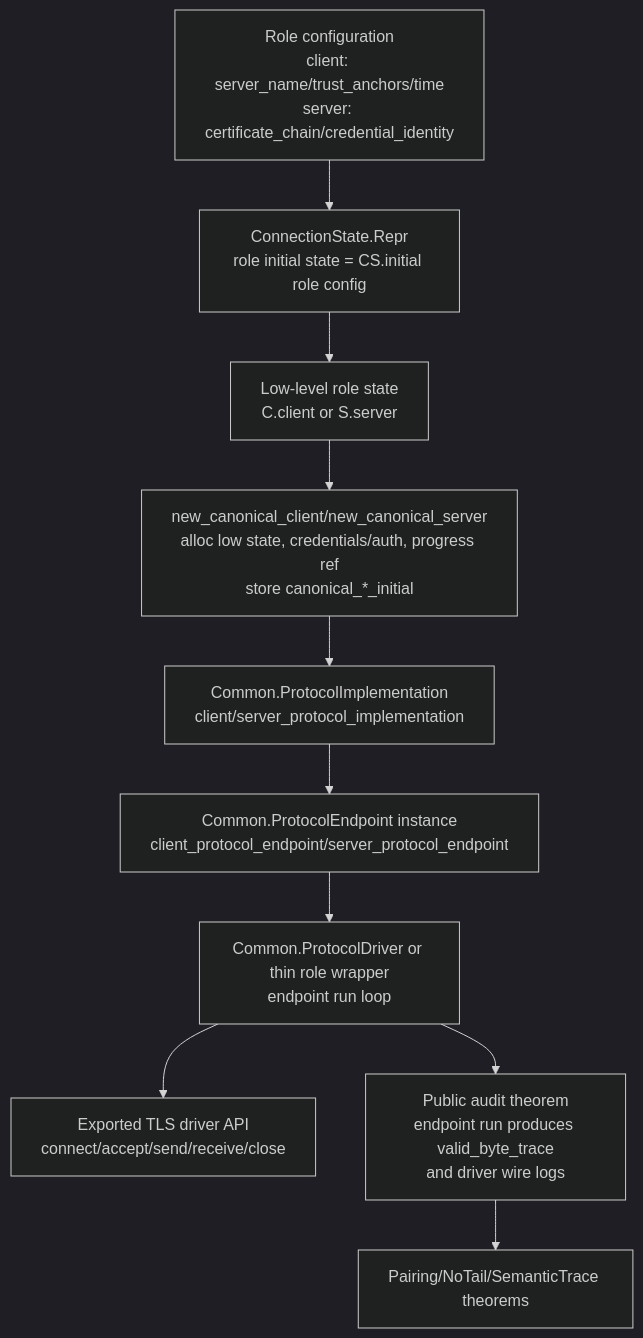
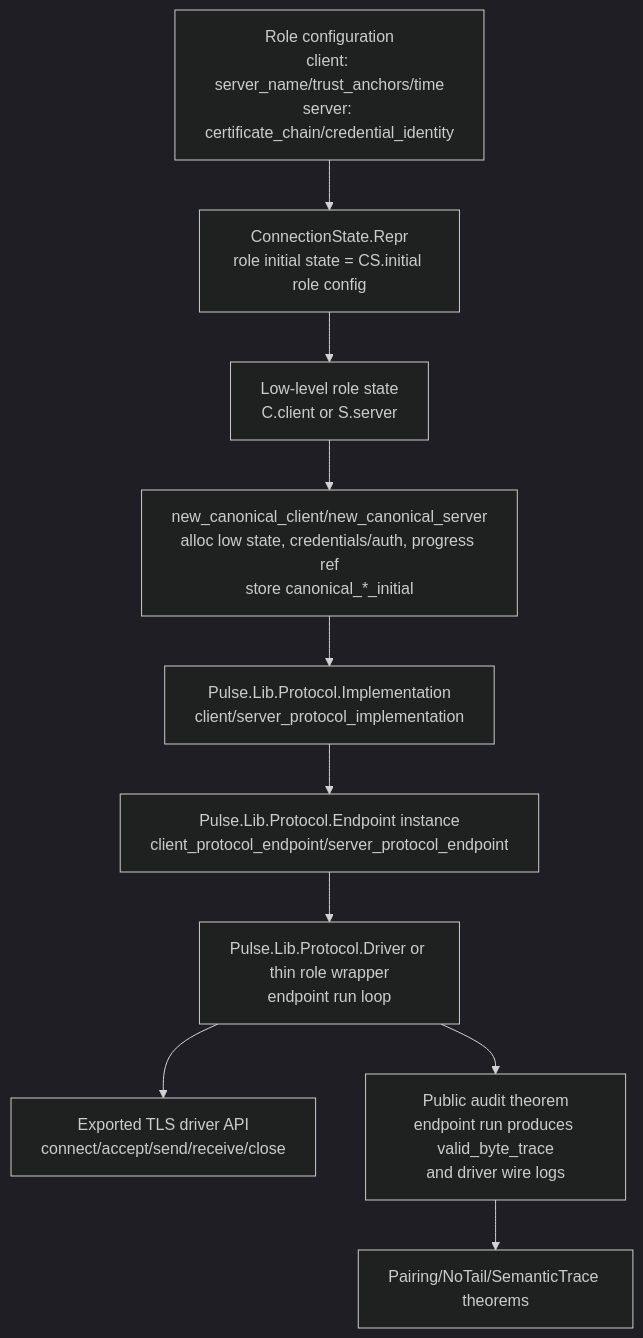
The fourth of 4 diagrams in ARCH_AUDIT.md (project-everest/mitls-fstar), drawn with Mermaid (dark theme) before and after one commit. The commit also changed other lines of this file and 14 other files, not shown here.

First line of the commit message:
Docs: point to Pulse.Lib and the Pulse protocol examples

````diff
--- a/ARCH_AUDIT.md
+++ b/ARCH_AUDIT.md
@@ -406,17 +408,17 @@
 ```mermaid
 flowchart TD
   Init[Role configuration\nclient: server_name/trust_anchors/time\nserver: certificate_chain/credential_identity]
   Repr[ConnectionState.Repr\nrole initial state = CS.initial role config]
   Low[Low-level role state\nC.client or S.server]
   CanonicalCtor[new_canonical_client/new_canonical_server\nalloc low state, credentials/auth, progress ref\nstore canonical_*_initial]
-  ProtocolImpl[Common.ProtocolImplementation\nclient/server_protocol_implementation]
-  Endpoint[Common.ProtocolEndpoint instance\nclient_protocol_endpoint/server_protocol_endpoint]
-  GenericDriver[Common.ProtocolDriver or thin role wrapper\nendpoint run loop]
+  ProtocolImpl[Pulse.Lib.Protocol.Implementation\nclient/server_protocol_implementation]
+  Endpoint[Pulse.Lib.Protocol.Endpoint instance\nclient_protocol_endpoint/server_protocol_endpoint]
+  GenericDriver[Pulse.Lib.Protocol.Driver or thin role wrapper\nendpoint run loop]
   PublicDriver[Exported TLS driver API\nconnect/accept/send/receive/close]
   ProofSurface[Public audit theorem\nendpoint run produces valid_byte_trace\nand driver wire logs]
   Pairing[Pairing/NoTail/SemanticTrace theorems]
 
   Init --> Repr --> Low --> CanonicalCtor
   CanonicalCtor --> ProtocolImpl --> Endpoint --> GenericDriver --> PublicDriver
   GenericDriver --> ProofSurface --> Pairing
 ```
````
